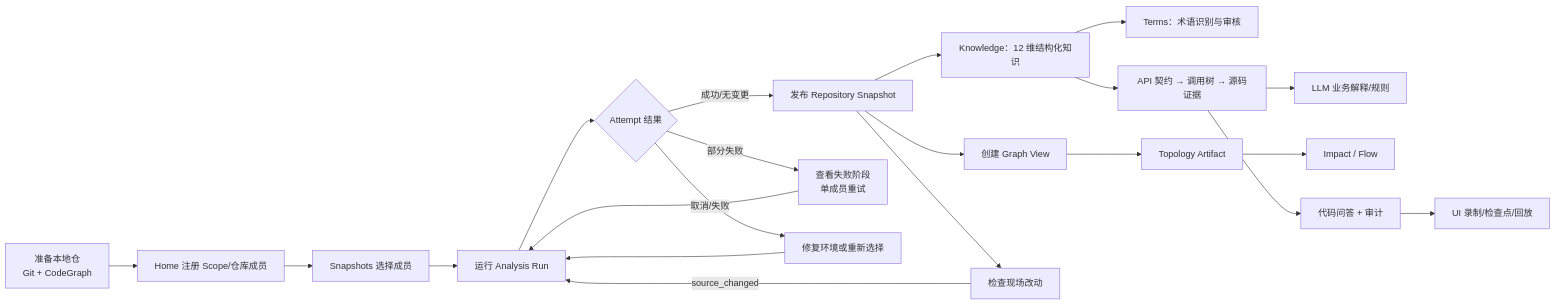
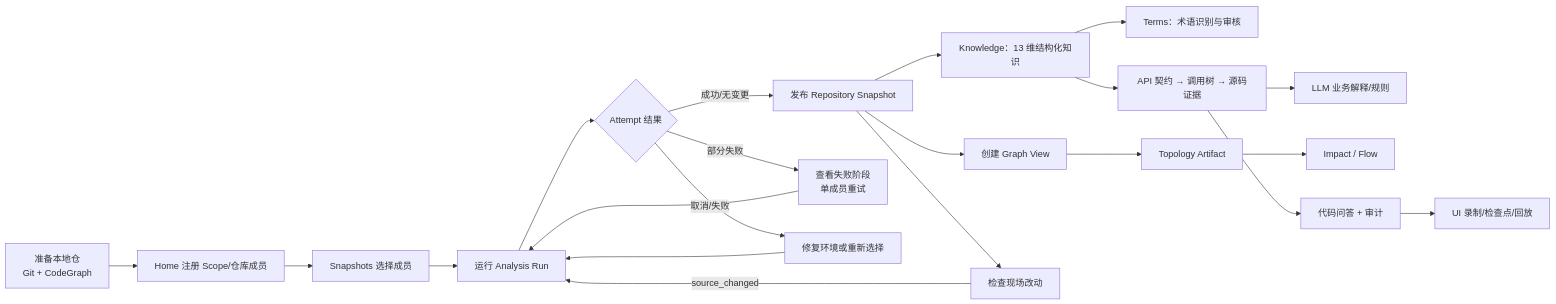
Before and after one commit to wenxueliu/codeevolution: the second of 2 diagrams in docs/prd.md, drawn with Mermaid. The commit also changed other lines of this file and 17 other files, not shown here.

````diff
--- a/docs/prd.md
+++ b/docs/prd.md
@@ -119,23 +119,23 @@
 ```mermaid
 flowchart LR
     A[准备本地仓\nGit + CodeGraph] --> B[Home 注册 Scope/仓库成员]
     B --> C[Snapshots 选择成员]
     C --> D[运行 Analysis Run]
     D --> E{Attempt 结果}
     E -->|成功/无变更| F[发布 Repository Snapshot]
     E -->|部分失败| G[查看失败阶段\n单成员重试]
     G --> D
     E -->|取消/失败| H[修复环境或重新选择]
     H --> D
     F --> I[创建 Graph View]
-    F --> J[Knowledge：12 维结构化知识]
+    F --> J[Knowledge：13 维结构化知识]
     J --> R[Terms：术语识别与审核]
     J --> K[API 契约 → 调用树 → 源码证据]
     K --> L[LLM 业务解释/规则]
     I --> M[Topology Artifact]
     M --> N[Impact / Flow]
     K --> O[代码问答 + 审计]
     O --> P[UI 录制/检查点/回放]
     F --> Q[检查现场改动]
     Q -->|source_changed| D
 ```
````
